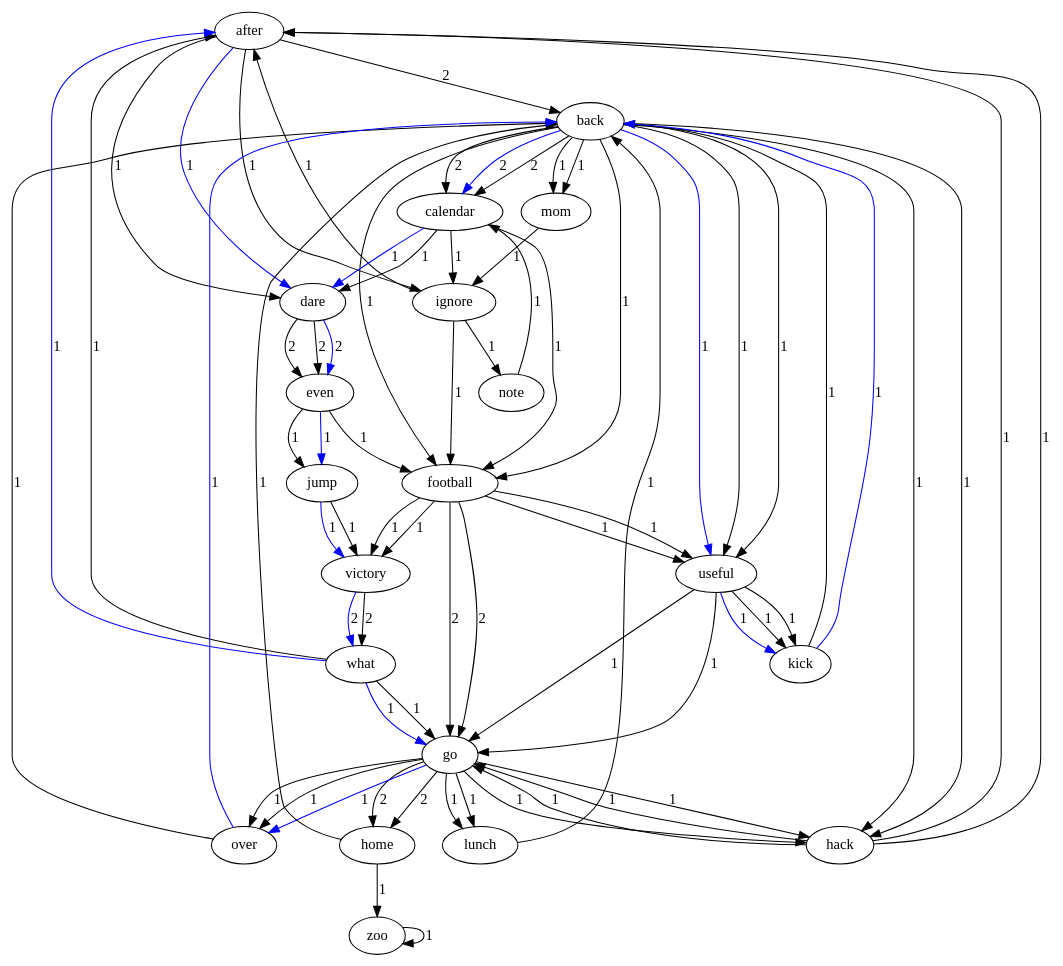
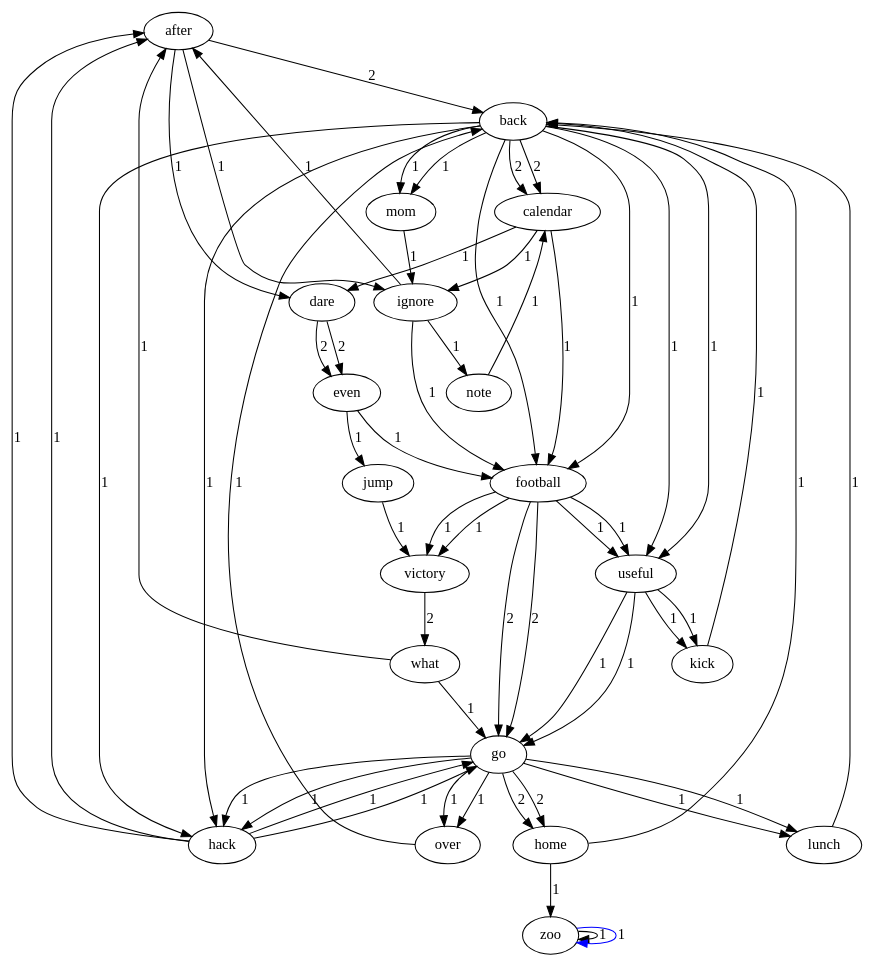
The diagram in dotfilenew.dot (holynova-SD/Lab4), drawn with Graphviz before and after one commit. The commit also changed 31 other files, not shown here.

```diff
--- a/dotfilenew.dot
+++ b/dotfilenew.dot
@@ -1,87 +1,61 @@
 digraph graphname{ 
 after->back[ label = 2 ]; 
 after->dare[ label = 1 ]; 
 after->ignore[ label = 1 ]; 
 ignore->after[ label = 1 ]; 
 ignore->football[ label = 1 ]; 
 ignore->note[ label = 1 ]; 
 note->calendar[ label = 1 ]; 
 calendar->dare[ label = 1 ]; 
 calendar->football[ label = 1 ]; 
 calendar->ignore[ label = 1 ]; 
 football->go[ label = 2 ]; 
 football->useful[ label = 1 ]; 
 football->victory[ label = 1 ]; 
 victory->what[ label = 2 ]; 
 what->after[ label = 1 ]; 
 what->go[ label = 1 ]; 
 go->hack[ label = 1 ]; 
 go->home[ label = 2 ]; 
 go->lunch[ label = 1 ]; 
 go->over[ label = 1 ]; 
 over->back[ label = 1 ]; 
 back->calendar[ label = 2 ]; 
 back->football[ label = 1 ]; 
 back->hack[ label = 1 ]; 
 back->mom[ label = 1 ]; 
 back->useful[ label = 1 ]; 
 useful->go[ label = 1 ]; 
 useful->kick[ label = 1 ]; 
 kick->back[ label = 1 ]; 
 mom->ignore[ label = 1 ]; 
 hack->after[ label = 1 ]; 
 hack->go[ label = 1 ]; 
 lunch->back[ label = 1 ]; 
 home->back[ label = 1 ]; 
 home->zoo[ label = 1 ]; 
 zoo->zoo[ label = 1 ]; 
 hack->after[ label = 1 ]; 
 hack->go[ label = 1 ]; 
 useful->go[ label = 1 ]; 
 useful->kick[ label = 1 ]; 
 go->hack[ label = 1 ]; 
 go->home[ label = 2 ]; 
 go->lunch[ label = 1 ]; 
 go->over[ label = 1 ]; 
 dare->even[ label = 2 ]; 
 even->football[ label = 1 ]; 
 even->jump[ label = 1 ]; 
 jump->victory[ label = 1 ]; 
 football->go[ label = 2 ]; 
 football->useful[ label = 1 ]; 
 football->victory[ label = 1 ]; 
 dare->even[ label = 2 ]; 
 back->calendar[ label = 2 ]; 
 back->football[ label = 1 ]; 
 back->hack[ label = 1 ]; 
 back->mom[ label = 1 ]; 
 back->useful[ label = 1 ]; 
 
-what -> go[ label = 1, color = blue ] 
-
-go -> over[ label = 1, color = blue ] 
-
-over -> back[ label = 1, color = blue ] 
-
-back -> useful[ label = 1, color = blue ] 
-
-useful -> kick[ label = 1, color = blue ] 
-
-kick -> back[ label = 1, color = blue ] 
-
-back -> calendar[ label = 2, color = blue ] 
-
-calendar -> dare[ label = 1, color = blue ] 
-
-dare -> even[ label = 2, color = blue ] 
-
-even -> jump[ label = 1, color = blue ] 
-
-jump -> victory[ label = 1, color = blue ] 
-
-victory -> what[ label = 2, color = blue ] 
-
-what -> after[ label = 1, color = blue ] 
-
-after -> dare[ label = 1, color = blue ] 
+zoo -> zoo[ label = 1, color = blue ] 
 }
```
